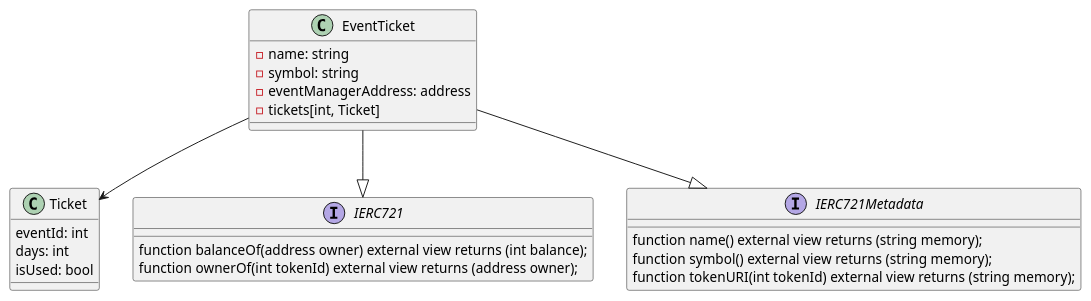
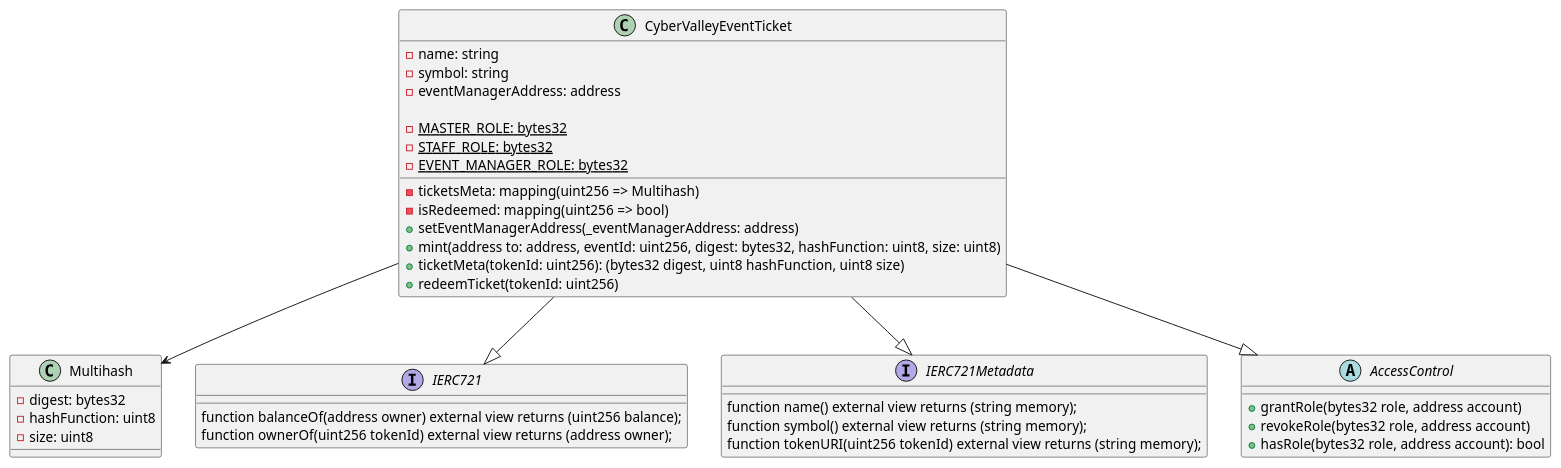
Before and after one commit to ai-shift/cyber-valley-tickets: diagram 21 of 26 in README.org, drawn with PlantUML. The commit also changed other lines of this file, not shown here.

```diff
--- a/README.org
+++ b/README.org
@@ -635,29 +724,46 @@
 #+begin_src plantuml :file ./img/event-ticket.png
-class EventTicket {
+class CyberValleyEventTicket {
   - name: string
   - symbol: string
   - eventManagerAddress: address
-  - tickets[int, Ticket]
+  - ticketsMeta: mapping(uint256 => Multihash)
+  - isRedeemed: mapping(uint256 => bool)
+
+  - {static} MASTER_ROLE: bytes32
+  - {static} STAFF_ROLE: bytes32
+  - {static} EVENT_MANAGER_ROLE: bytes32
+
+  + setEventManagerAddress(_eventManagerAddress: address)
+  + mint(address to: address, eventId: uint256, digest: bytes32, hashFunction: uint8, size: uint8)
+  + ticketMeta(tokenId: uint256): (bytes32 digest, uint8 hashFunction, uint8 size)
+  + redeemTicket(tokenId: uint256)
 }
 
-class Ticket {
-  eventId: int
-  days: int
-  isUsed: bool
+class Multihash {
+  - digest: bytes32
+  - hashFunction: uint8
+  - size: uint8
 }
 
 interface IERC721 {
-    function balanceOf(address owner) external view returns (int balance);
-    function ownerOf(int tokenId) external view returns (address owner);
+    function balanceOf(address owner) external view returns (uint256 balance);
+    function ownerOf(uint256 tokenId) external view returns (address owner);
 }
 
 interface IERC721Metadata {
     function name() external view returns (string memory);
     function symbol() external view returns (string memory);
-    function tokenURI(int tokenId) external view returns (string memory);
+    function tokenURI(uint256 tokenId) external view returns (string memory);
 }
 
-EventTicket --> Ticket
-EventTicket --|> IERC721
-EventTicket --|> IERC721Metadata
+abstract class AccessControl {
+  + grantRole(bytes32 role, address account)
+  + revokeRole(bytes32 role, address account)
+  + hasRole(bytes32 role, address account): bool
+}
+
+CyberValleyEventTicket --> Multihash
+CyberValleyEventTicket --|> IERC721
+CyberValleyEventTicket --|> IERC721Metadata
+CyberValleyEventTicket --|> AccessControl
 #+end_src
```
